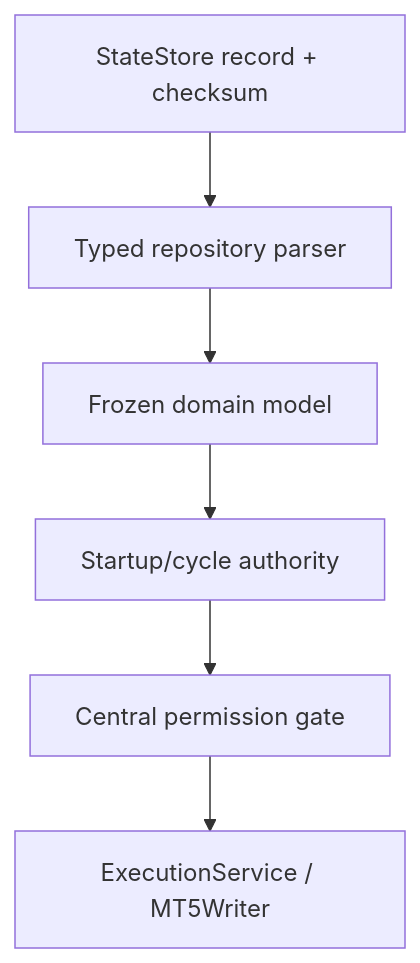
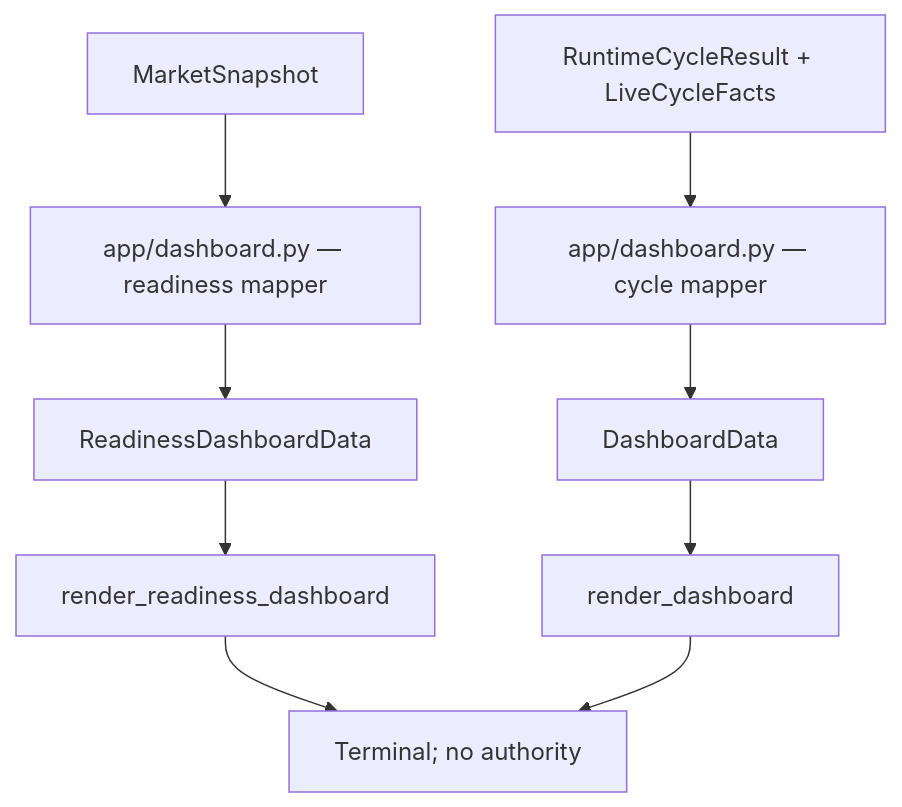
The seventh of 8 diagrams in docs/CODER_GUIDE.md (qamaratwork00-cmyk/GoldSwingTraderAI), drawn with Mermaid before and after one commit. The commit also changed other lines of this file and 33 other files, not shown here.

Commit message:
Complete documentation contract and readiness dashboard

````diff
--- a/docs/CODER_GUIDE.md
+++ b/docs/CODER_GUIDE.md
@@ -325,8 +783,11 @@
-```mermaid
+~~~mermaid
 flowchart TB
-    RECORD["StateStore record + checksum"] --> PARSER["Typed repository parser"]
-    PARSER --> MODEL["Frozen domain model"]
-    MODEL --> RECOVERY["Startup/cycle authority"]
-    RECOVERY --> GATE["Central permission gate"]
-    GATE --> WRITE["ExecutionService / MT5Writer"]
-```
+    READ["MarketSnapshot"] --> READYMAP["app/dashboard.py — readiness mapper"]
+    READYMAP --> READYDTO["ReadinessDashboardData"]
+    READYDTO --> READYVIEW["render_readiness_dashboard"]
+    CYCLE["RuntimeCycleResult + LiveCycleFacts"] --> CYCLEMAP["app/dashboard.py — cycle mapper"]
+    CYCLEMAP --> CYCLEDTO["DashboardData"]
+    CYCLEDTO --> CYCLEVIEW["render_dashboard"]
+    READYVIEW --> SCREEN["Terminal; no authority"]
+    CYCLEVIEW --> SCREEN
+~~~
````
